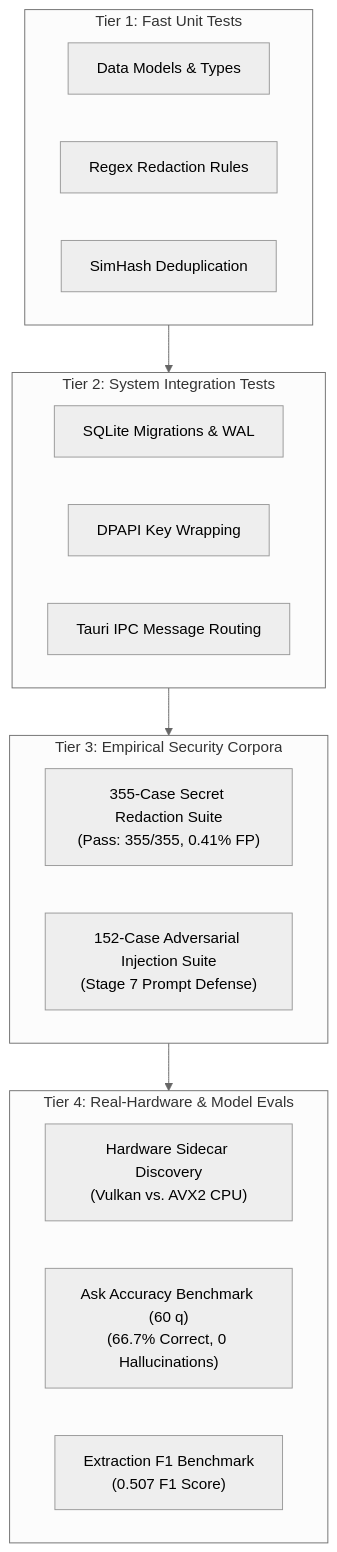
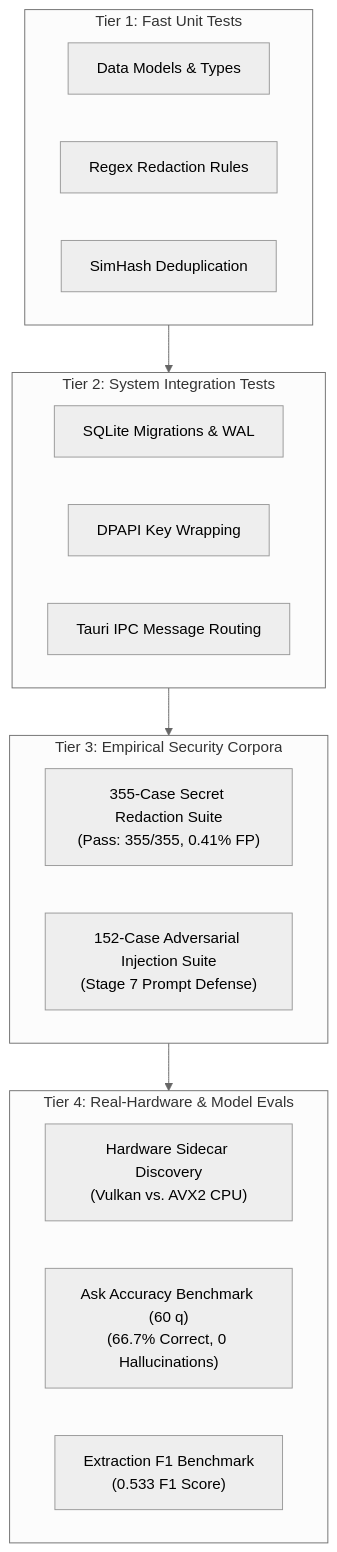
The diagram in docs-site/testing/index.md (webex042/Tessera), drawn with Mermaid (neutral theme) before and after one commit. The commit also changed 31 other files, not shown here.

````diff
--- a/docs-site/testing/index.md
+++ b/docs-site/testing/index.md
@@ -15,27 +15,27 @@
 ```mermaid
 flowchart TD
     subgraph TIER1 ["Tier 1: Fast Unit Tests"]
         U1["Data Models & Types"]
         U2["Regex Redaction Rules"]
         U3["SimHash Deduplication"]
     end
 
     subgraph TIER2 ["Tier 2: System Integration Tests"]
         I1["SQLite Migrations & WAL"]
         I2["DPAPI Key Wrapping"]
         I3["Tauri IPC Message Routing"]
     end
 
     subgraph TIER3 ["Tier 3: Empirical Security Corpora"]
         S1["355-Case Secret Redaction Suite\n(Pass: 355/355, 0.41% FP)"]
         S2["152-Case Adversarial Injection Suite\n(Stage 7 Prompt Defense)"]
     end
 
     subgraph TIER4 ["Tier 4: Real-Hardware & Model Evals"]
         E1["Hardware Sidecar Discovery\n(Vulkan vs. AVX2 CPU)"]
         E2["Ask Accuracy Benchmark (60 q)\n(66.7% Correct, 0 Hallucinations)"]
-        E3["Extraction F1 Benchmark\n(0.507 F1 Score)"]
+        E3["Extraction F1 Benchmark\n(0.533 F1 Score)"]
     end
 
     TIER1 --> TIER2 --> TIER3 --> TIER4
 ```
````
